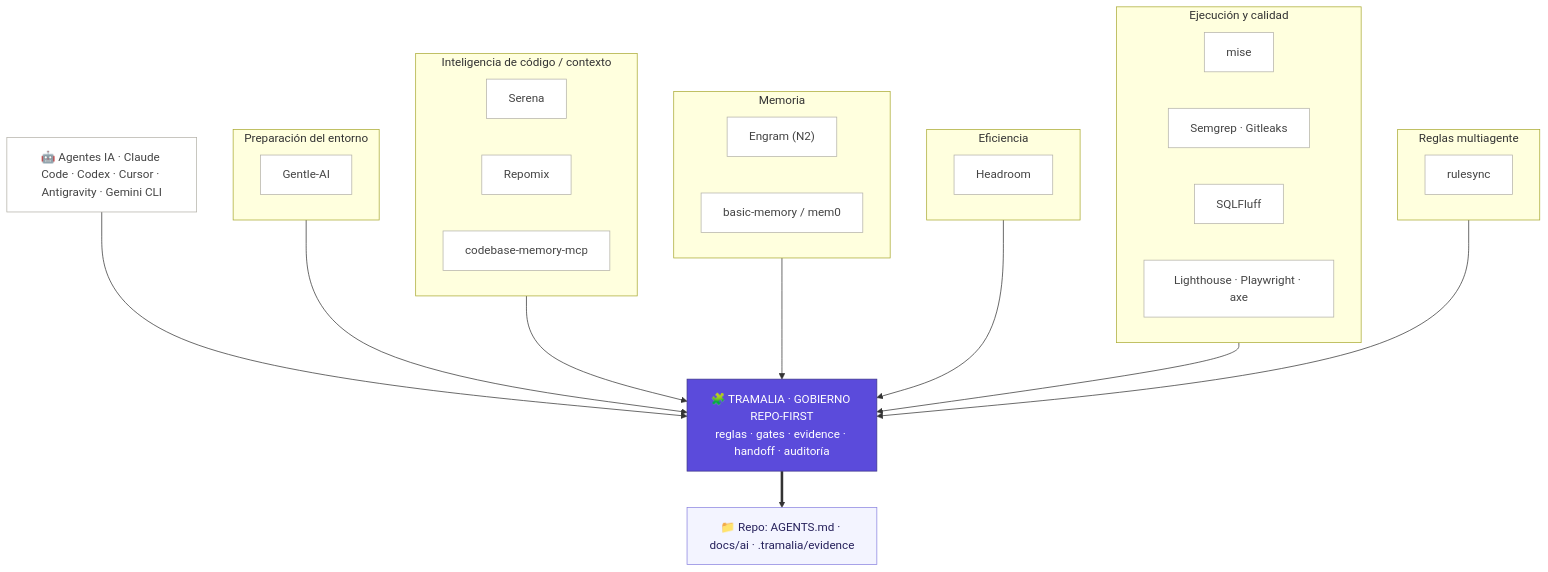
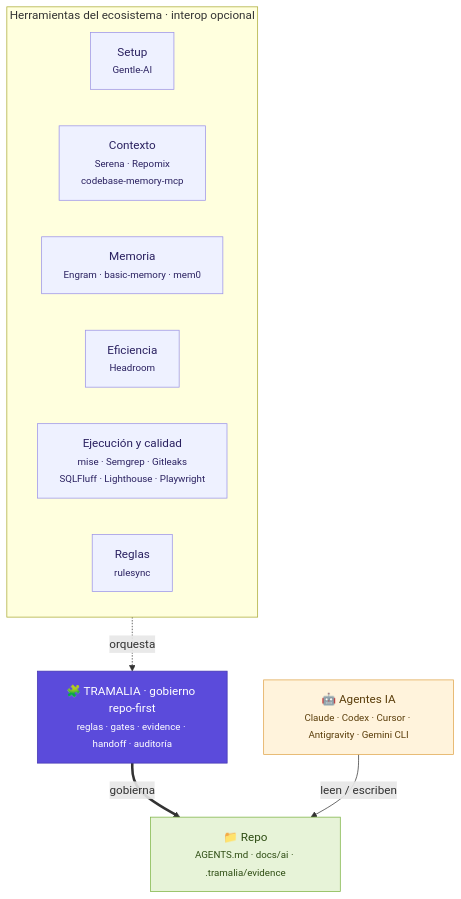
The diagram in docs/ecosistema.md (MscottB/tramalia), drawn with Mermaid before and after one commit. The commit also changed other lines of this file and 6 other files, not shown here.

First line of the commit message:
docs(mkdocs): diagramas más claros y legibles

````diff
--- a/docs/ecosistema.md
+++ b/docs/ecosistema.md
@@ -9,44 +9,26 @@
 ```mermaid
 flowchart TB
-    classDef core fill:#5b4bdb,stroke:#3c3489,color:#fff;
-    classDef grp fill:#f3f4ff,stroke:#8a83e0,color:#26215c;
-    classDef ext fill:#fff,stroke:#b4b2a9,color:#444;
+    classDef core fill:#5b4bdb,stroke:#4335b0,color:#ffffff;
+    classDef sat  fill:#eef1ff,stroke:#9a92e8,color:#2a2160;
+    classDef repo fill:#e7f3d8,stroke:#7cb342,color:#2e4d13;
+    classDef agent fill:#fff3dc,stroke:#e0a44a,color:#5a3d0a;
 
-    AG["🤖 Agentes IA · Claude Code · Codex · Cursor · Antigravity · Gemini CLI"]:::ext
+    AG["🤖 Agentes IA<br/><small>Claude · Codex · Cursor · Antigravity · Gemini CLI</small>"]:::agent
 
-    subgraph SETUP["Preparación del entorno"]
-        GA["Gentle-AI"]:::ext
-    end
-    subgraph CTX["Inteligencia de código / contexto"]
-        SR["Serena"]:::ext
-        RP["Repomix"]:::ext
-        CM["codebase-memory-mcp"]:::ext
-    end
-    subgraph MEM["Memoria"]
-        EN["Engram (N2)"]:::ext
-        BM["basic-memory / mem0"]:::ext
-    end
-    subgraph EFF["Eficiencia"]
-        HR["Headroom"]:::ext
-    end
-    subgraph EXEC["Ejecución y calidad"]
-        MI["mise"]:::ext
-        SG["Semgrep · Gitleaks"]:::ext
-        SQ["SQLFluff"]:::ext
-        UX["Lighthouse · Playwright · axe"]:::ext
-    end
-    subgraph FAN["Reglas multiagente"]
-        RU["rulesync"]:::ext
+    subgraph TOOLS["Herramientas del ecosistema · interop opcional"]
+      direction LR
+      SETUP["Setup<br/><small>Gentle-AI</small>"]:::sat
+      CTX["Contexto<br/><small>Serena · Repomix<br/>codebase-memory-mcp</small>"]:::sat
+      MEM["Memoria<br/><small>Engram · basic-memory · mem0</small>"]:::sat
+      EFF["Eficiencia<br/><small>Headroom</small>"]:::sat
+      EXEC["Ejecución y calidad<br/><small>mise · Semgrep · Gitleaks<br/>SQLFluff · Lighthouse · Playwright</small>"]:::sat
+      FAN["Reglas<br/><small>rulesync</small>"]:::sat
     end
 
-    T["🧩 TRAMALIA · GOBIERNO REPO-FIRST<br/>reglas · gates · evidence · handoff · auditoría"]:::core
+    T["🧩 TRAMALIA · gobierno repo-first<br/><small>reglas · gates · evidence · handoff · auditoría</small>"]:::core
+    R["📁 Repo<br/><small>AGENTS.md · docs/ai · .tramalia/evidence</small>"]:::repo
 
-    AG --> T
-    SETUP --> T
-    CTX --> T
-    MEM --> T
-    EFF --> T
-    EXEC --> T
-    FAN --> T
-    T ==> R["📁 Repo: AGENTS.md · docs/ai · .tramalia/evidence"]:::grp
+    TOOLS -. orquesta .-> T
+    T ==>|gobierna| R
+    AG -->|leen / escriben| R
 ```
````
